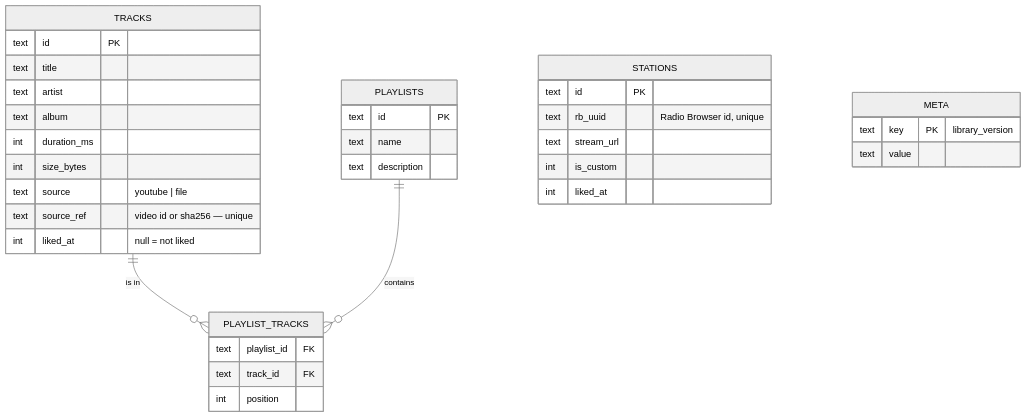
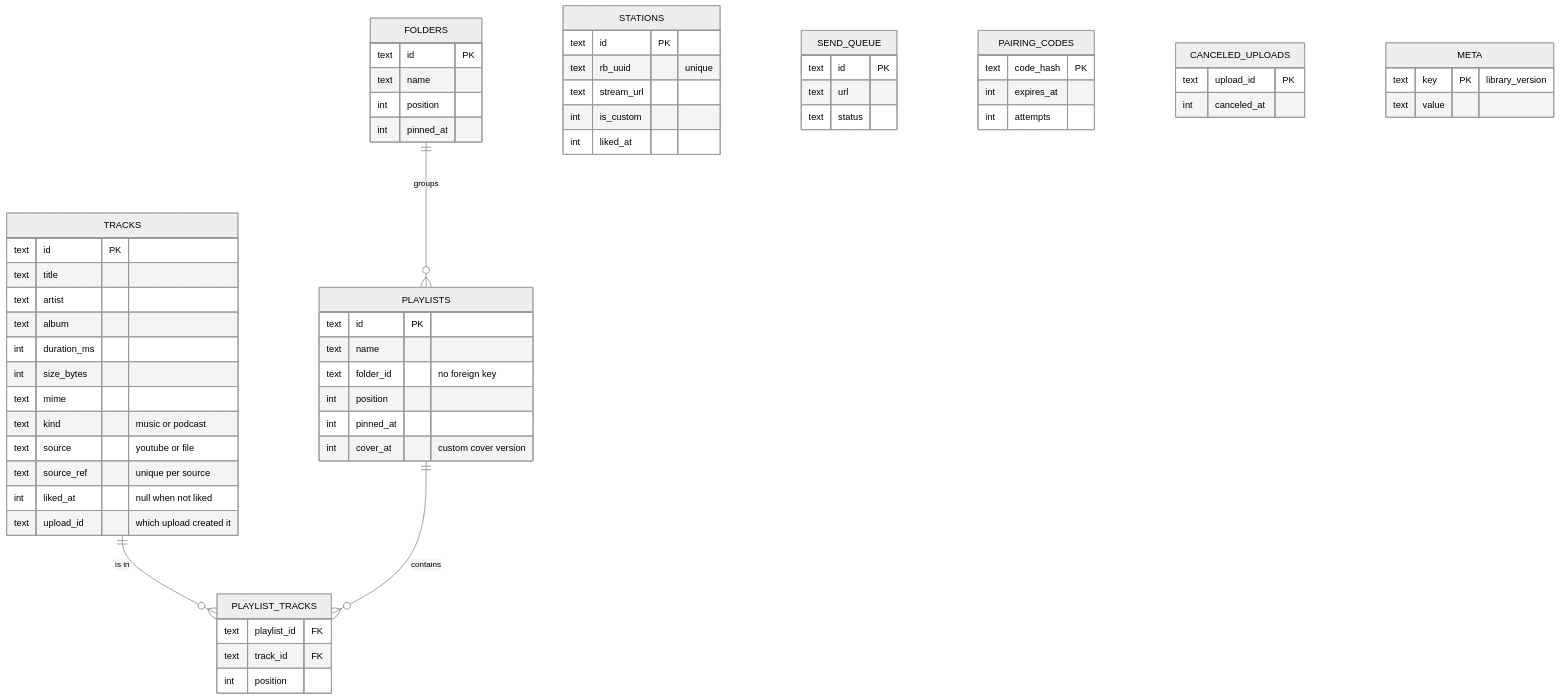
The third of 6 diagrams in docs/architecture.md (Ando144/aske-stream), drawn with Mermaid (neutral theme) before and after one commit. The commit also changed other lines of this file and 58 other files, not shown here.

````diff
--- a/docs/architecture.md
+++ b/docs/architecture.md
@@ -16,37 +115,64 @@
 ```mermaid
 erDiagram
   TRACKS ||--o{ PLAYLIST_TRACKS : "is in"
   PLAYLISTS ||--o{ PLAYLIST_TRACKS : contains
+  FOLDERS ||--o{ PLAYLISTS : groups
   TRACKS {
     text id PK
     text title
     text artist
     text album
     int duration_ms
     int size_bytes
-    text source "youtube | file"
-    text source_ref "video id or sha256 — unique"
-    int liked_at "null = not liked"
+    text mime
+    text kind "music or podcast"
+    text source "youtube or file"
+    text source_ref "unique per source"
+    int liked_at "null when not liked"
+    text upload_id "which upload created it"
   }
   PLAYLISTS {
     text id PK
     text name
-    text description
+    text folder_id "no foreign key"
+    int position
+    int pinned_at
+    int cover_at "custom cover version"
   }
   PLAYLIST_TRACKS {
     text playlist_id FK
     text track_id FK
     int position
   }
+  FOLDERS {
+    text id PK
+    text name
+    int position
+    int pinned_at
+  }
   STATIONS {
     text id PK
-    text rb_uuid "Radio Browser id, unique"
+    text rb_uuid "unique"
     text stream_url
     int is_custom
     int liked_at
+  }
+  SEND_QUEUE {
+    text id PK
+    text url
+    text status
+  }
+  PAIRING_CODES {
+    text code_hash PK
+    int expires_at
+    int attempts
+  }
+  CANCELED_UPLOADS {
+    text upload_id PK
+    int canceled_at
   }
   META {
     text key PK "library_version"
     text value
   }
 ```
````
